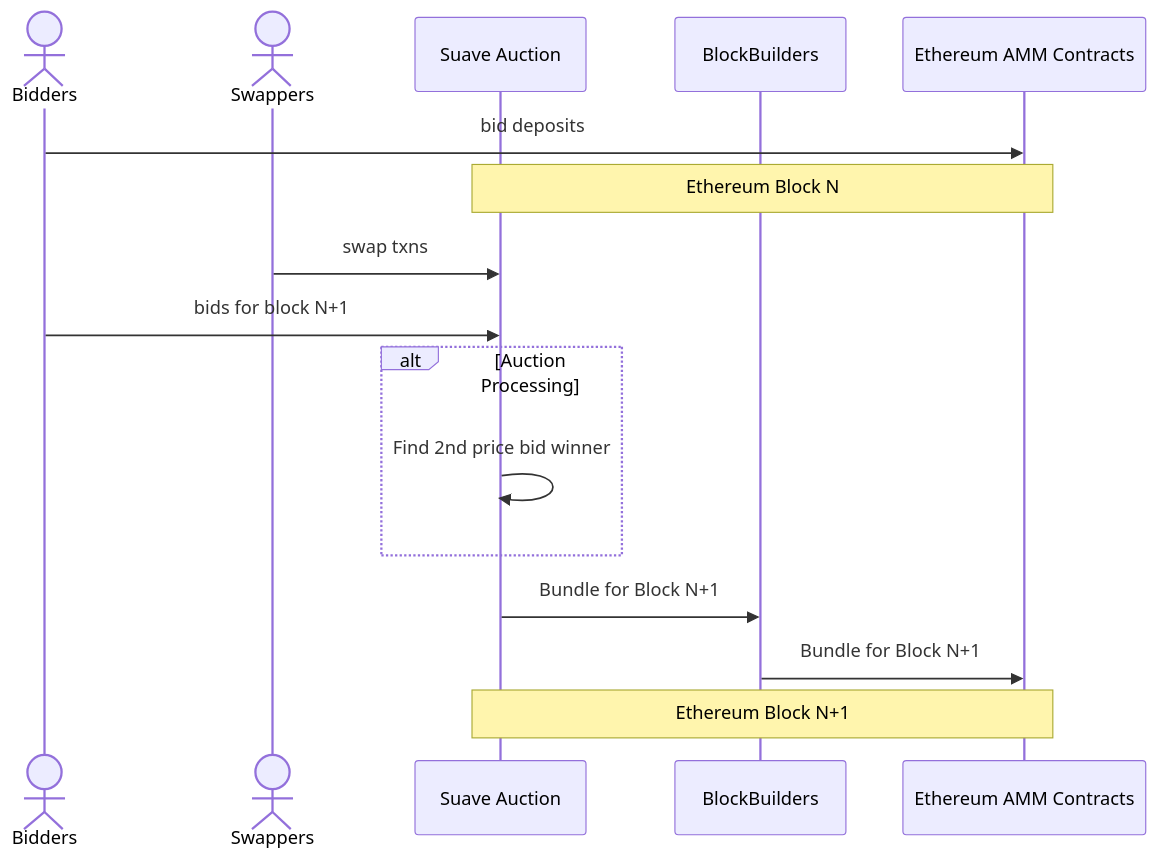
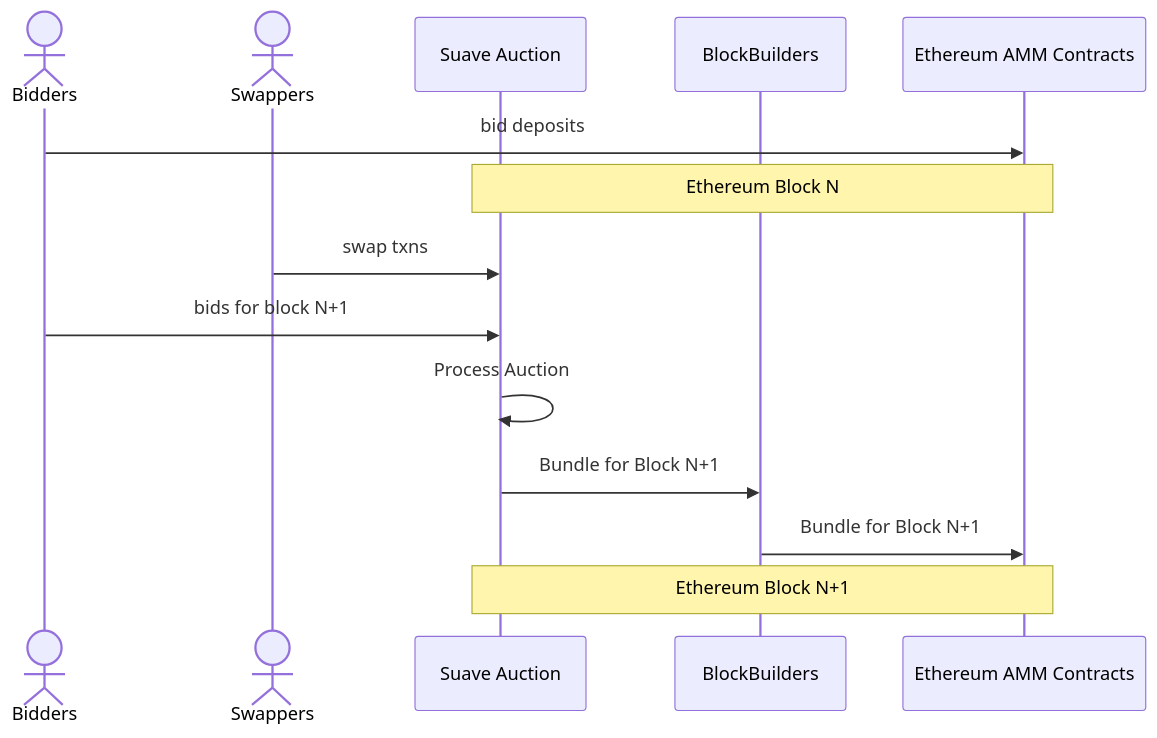
The diagram in README.md (Lilyjjo/tldr-research), drawn with Mermaid before and after one commit.

````diff
--- a/README.md
+++ b/README.md
@@ -20,18 +20,16 @@
 ```mermaid
 sequenceDiagram
     actor Bidders
     actor Swappers
     participant Suave Auction
     participant BlockBuilders
     participant Ethereum AMM Contracts
     Bidders->>Ethereum AMM Contracts: bid deposits
     Note over Suave Auction,Ethereum AMM Contracts : Ethereum Block N
     Swappers->>Suave Auction: swap txns
     Bidders->>Suave Auction: bids for block N+1
-    alt Auction Processing
-        Suave Auction->>Suave Auction: Find 2nd price bid winner
-    end
+    Suave Auction->>Suave Auction: Process Auction
     Suave Auction->>BlockBuilders: Bundle for Block N+1
     BlockBuilders->>Ethereum AMM Contracts: Bundle for Block N+1 
     Note over Suave Auction,Ethereum AMM Contracts : Ethereum Block N+1
 ```
````
